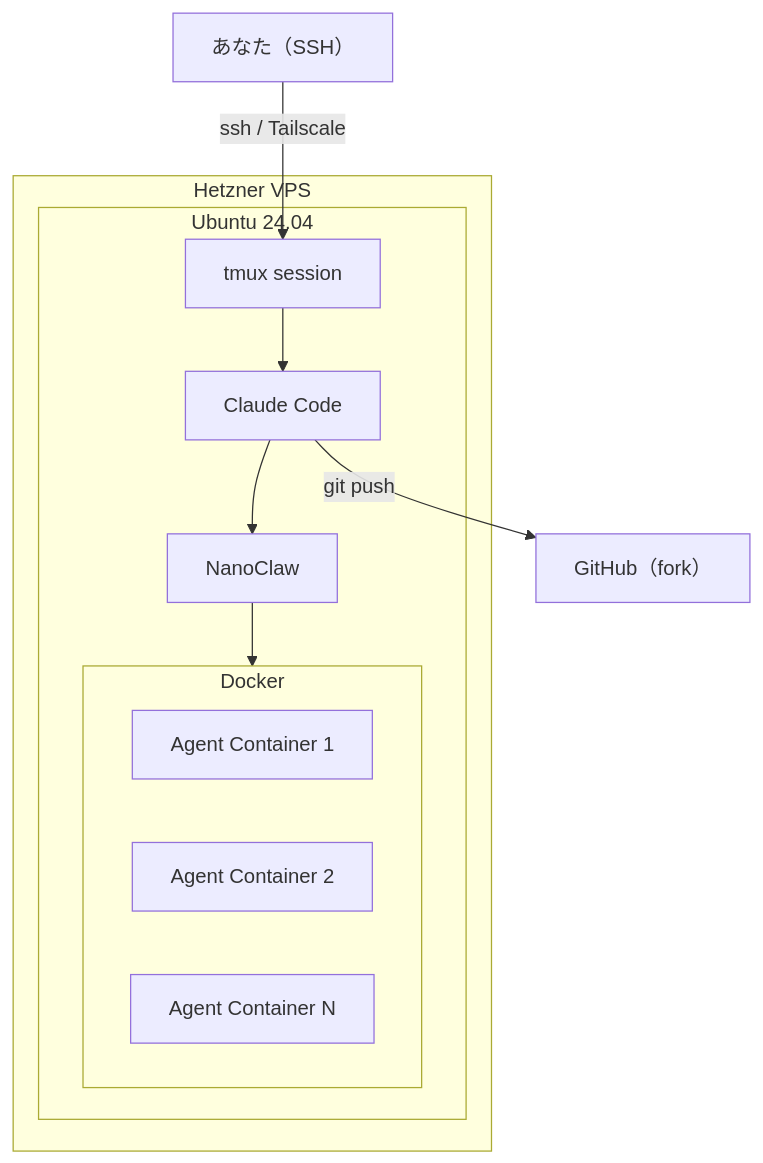
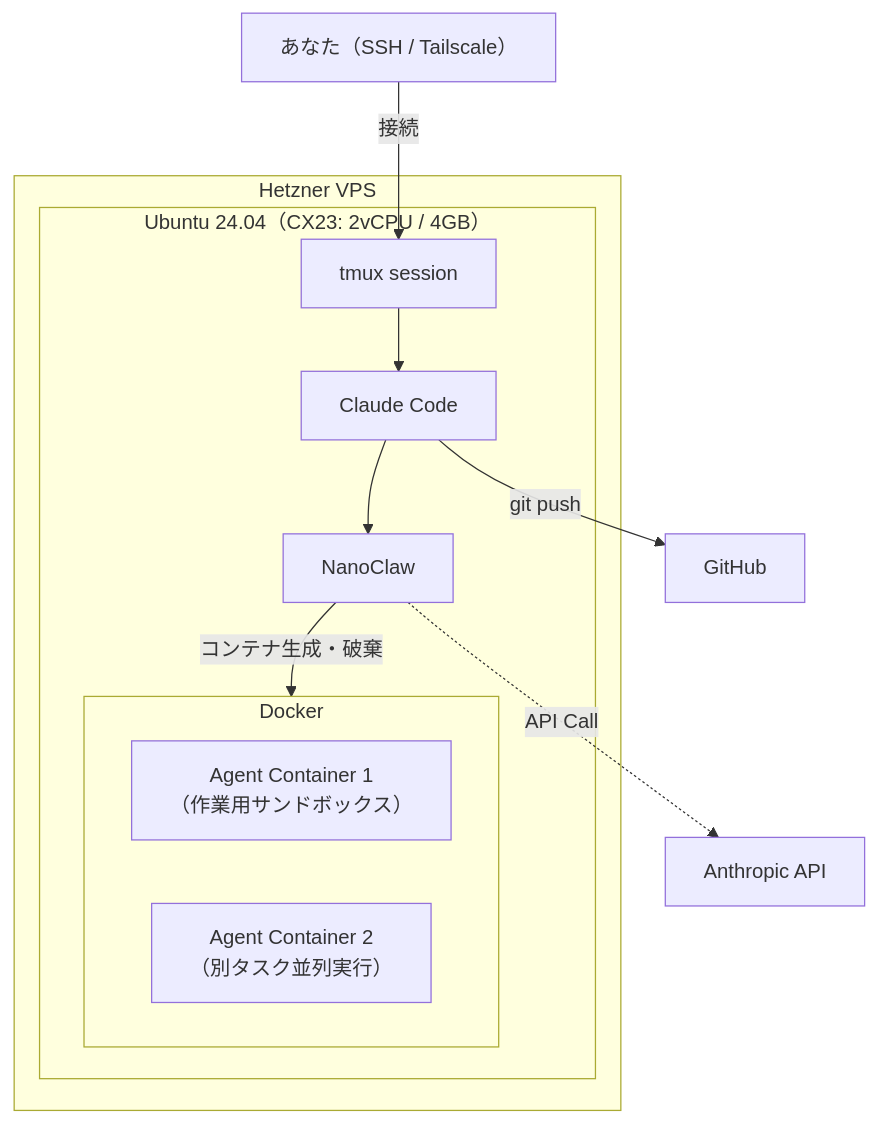
One commit to takish/zenn-content changed the first of 2 diagrams in articles/nanoclaw-hetzner.md. Above: the diagram before and after it, drawn with Mermaid. The commit also changed other lines of this file and 8 other files, not shown here.

````diff
--- a/articles/nanoclaw-hetzner.md
+++ b/articles/nanoclaw-hetzner.md
@@ -265,21 +42,21 @@
 ```mermaid
 graph TB
     subgraph Hetzner VPS
-        subgraph Host["Ubuntu 24.04"]
+        subgraph Host["Ubuntu 24.04（CX23: 2vCPU / 4GB）"]
             tmux["tmux session"]
             claude["Claude Code"]
             nanoclaw["NanoClaw"]
             subgraph Docker
-                agent1["Agent Container 1"]
-                agent2["Agent Container 2"]
-                agent3["Agent Container N"]
+                agent1["Agent Container 1<br>（作業用サンドボックス）"]
+                agent2["Agent Container 2<br>（別タスク並列実行）"]
             end
         end
     end
 
-    You["あなた（SSH）"] -->|ssh / Tailscale| tmux
+    You["あなた（SSH / Tailscale）"] -->|接続| tmux
     tmux --> claude
     claude --> nanoclaw
-    nanoclaw --> Docker
-    claude -->|git push| GitHub["GitHub（fork）"]
+    nanoclaw -->|コンテナ生成・破棄| Docker
+    claude -->|git push| GitHub["GitHub"]
+    nanoclaw -.->|API Call| Anthropic["Anthropic API"]
 ```
````
